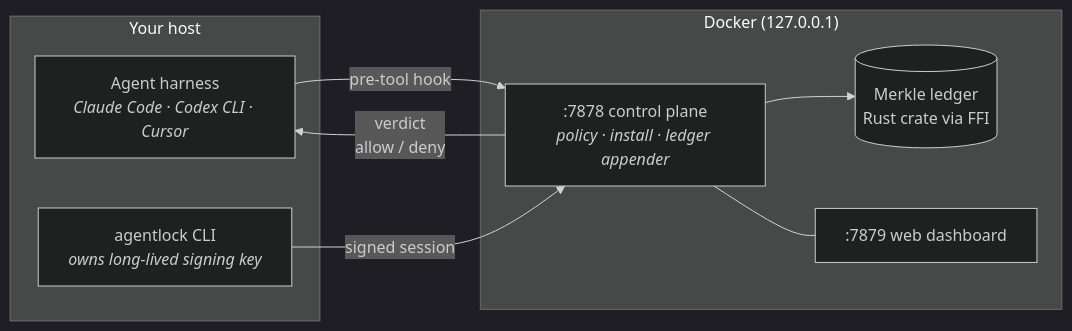
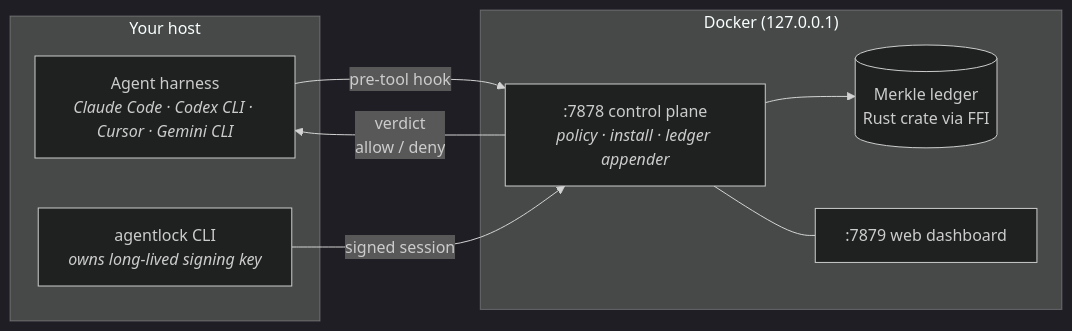
The diagram in README.md (openagentlock/OpenAgentLock), drawn with Mermaid (dark theme) before and after one commit. The commit also changed other lines of this file and 6 other files, not shown here.

````diff
--- a/README.md
+++ b/README.md
@@ -87,17 +88,17 @@
 ```mermaid
 flowchart LR
     subgraph host["Your host"]
-      H["Agent harness<br/><i>Claude Code · Codex CLI · Cursor</i>"]
+      H["Agent harness<br/><i>Claude Code · Codex CLI · Cursor · Gemini CLI</i>"]
       CLI["agentlock CLI<br/><i>owns long-lived signing key</i>"]
     end
     subgraph docker["Docker (127.0.0.1)"]
       CP[":7878 control plane<br/><i>policy · install · ledger appender</i>"]
       DB[":7879 web dashboard"]
       L[("Merkle ledger<br/>Rust crate via FFI")]
     end
     H -->|"pre-tool hook"| CP
     CP -->|"verdict<br/>allow / deny"| H
     CLI -->|"signed session"| CP
     CP --> L
     CP --- DB
 ```
````
